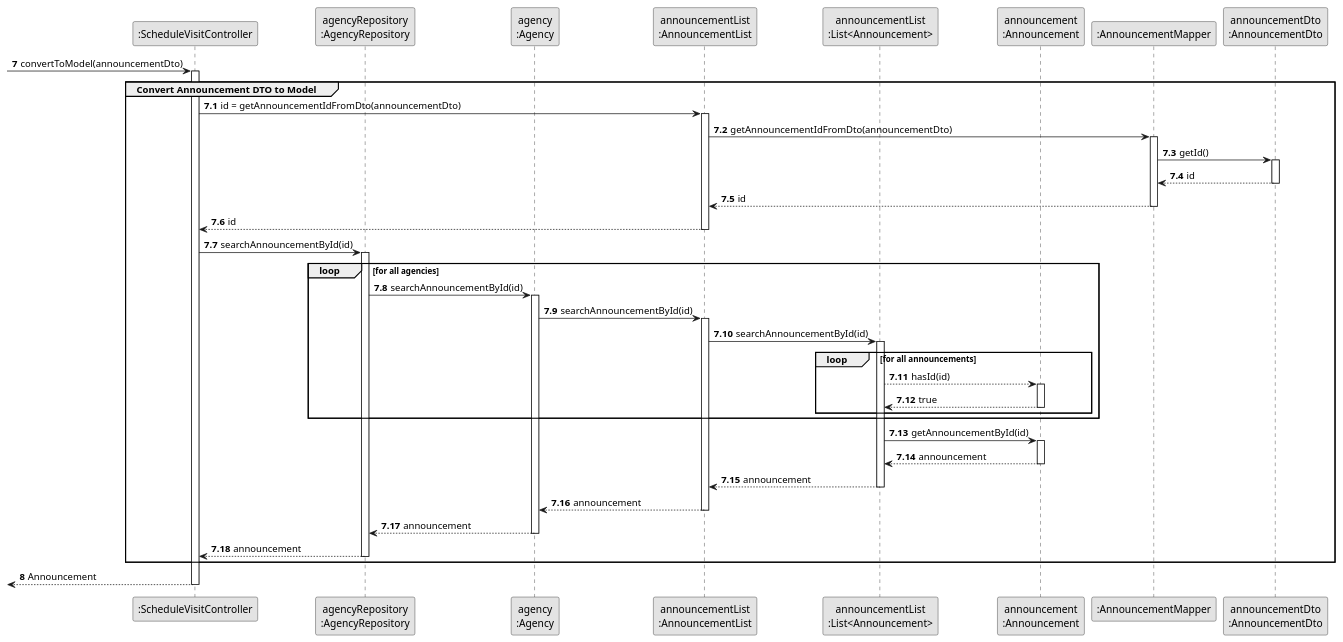
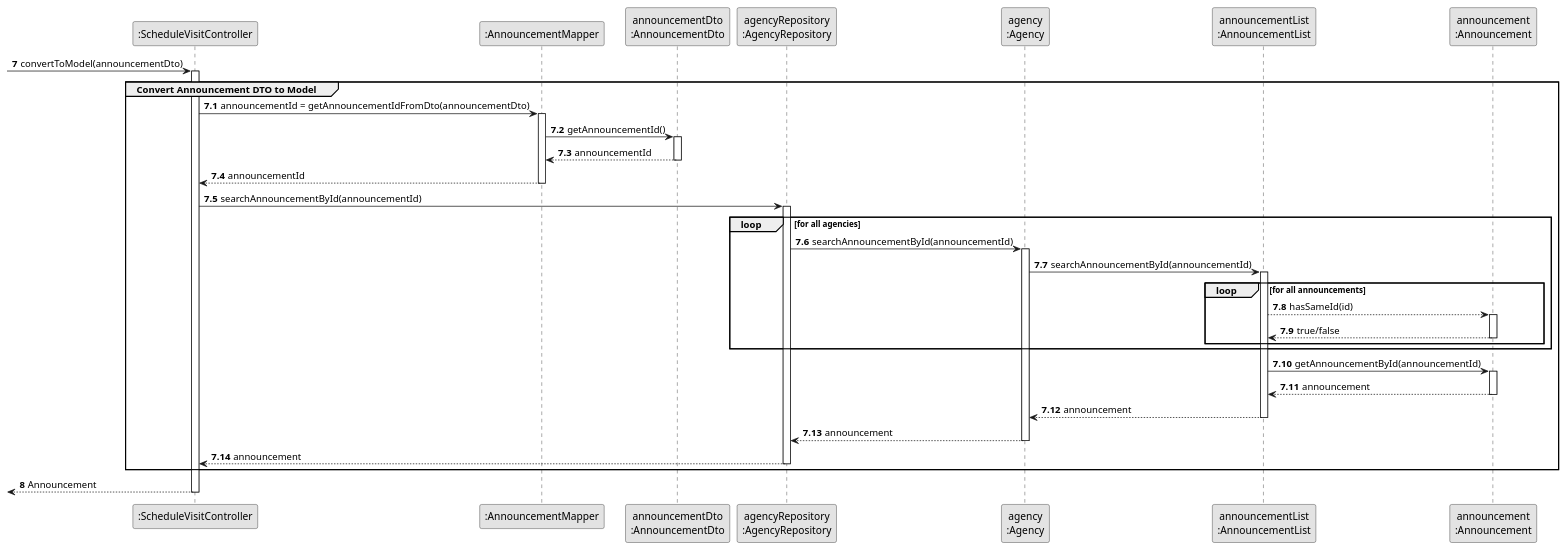
The diagram in docs/sprintC/us009/03.design/puml/us009-sequence-diagram-partial-convert-announcement-DTO-to-Model.puml (rita-barbosa/LAPR2-2223), drawn with PlantUML before and after one commit.

Commit message:
Announcement DTO convertion partial SD's update [US009] [Design]

```diff
--- a/docs/sprintC/us009/03.design/puml/us009-sequence-diagram-partial-convert-announcement-DTO-to-Model.puml
+++ b/docs/sprintC/us009/03.design/puml/us009-sequence-diagram-partial-convert-announcement-DTO-to-Model.puml
@@ -1,98 +1,85 @@
 @startuml
 skinparam monochrome true
 skinparam packageStyle rectangle
 skinparam shadowing false
 
 
 participant ":ScheduleVisitController" as CTRL
+participant ":AnnouncementMapper" as MAPPER
+participant "announcementDto\n:AnnouncementDto" as ANCDTO
 participant "agencyRepository\n:AgencyRepository" as AgencyRepository
 participant "agency\n:Agency" as AGC
 participant "announcementList\n:AnnouncementList" as LISTCLASS
-participant "announcementList\n:List<Announcement>" as ANCLIST
 participant "announcement\n:Announcement" as ANNOUNCE
-participant ":AnnouncementMapper" as MAPPER
-participant "announcementDto\n:AnnouncementDto" as ANCDTO
+
 
 autonumber 7
 
  -> CTRL : convertToModel(announcementDto)
 
 activate CTRL
 
     autonumber 7.1
 
     group Convert Announcement DTO to Model
 
-        CTRL -> LISTCLASS : id = getAnnouncementIdFromDto(announcementDto)
-        activate LISTCLASS
-
-        LISTCLASS -> MAPPER : getAnnouncementIdFromDto(announcementDto)
+        CTRL -> MAPPER : announcementId = getAnnouncementIdFromDto(announcementDto)
         activate MAPPER
 
-        MAPPER -> ANCDTO : getId()
+        MAPPER -> ANCDTO : getAnnouncementId()
         activate ANCDTO
 
-            ANCDTO --> MAPPER : id
+            ANCDTO --> MAPPER : announcementId
         deactivate ANCDTO
 
-            MAPPER --> LISTCLASS : id
+            MAPPER --> CTRL : announcementId
         deactivate MAPPER
 
-        LISTCLASS --> CTRL : id
-        deactivate LISTCLASS
-
-        CTRL -> AgencyRepository : searchAnnouncementById(id)
+        CTRL -> AgencyRepository : searchAnnouncementById(announcementId)
         activate AgencyRepository
 
         loop for all agencies
 
-            AgencyRepository -> AGC : searchAnnouncementById(id)
+            AgencyRepository -> AGC : searchAnnouncementById(announcementId)
             activate AGC
 
-                AGC -> LISTCLASS : searchAnnouncementById(id)
-
-                activate LISTCLASS
-
-                    LISTCLASS -> ANCLIST : searchAnnouncementById(id)
+                AGC -> LISTCLASS : searchAnnouncementById(announcementId)
 
                 loop for all announcements
 
-                    activate ANCLIST
+                    activate LISTCLASS
 
-                    ANCLIST --> ANNOUNCE : hasId(id)
+                    LISTCLASS --> ANNOUNCE : hasSameId(id)
 
                     activate ANNOUNCE
 
-                        ANNOUNCE --> ANCLIST : true
+                        ANNOUNCE --> LISTCLASS : true/false
                     deactivate ANNOUNCE
 
                 end loop
 
         end loop
 
-        ANCLIST -> ANNOUNCE : getAnnouncementById(id)
+        LISTCLASS -> ANNOUNCE : getAnnouncementById(announcementId)
         activate ANNOUNCE
 
-            ANNOUNCE --> ANCLIST : announcement
+            ANNOUNCE --> LISTCLASS : announcement
         deactivate ANNOUNCE
-
-            ANCLIST --> LISTCLASS : announcement
-        deactivate ANCLIST
 
             LISTCLASS --> AGC : announcement
         deactivate LISTCLASS
 
             AGC --> AgencyRepository : announcement
         deactivate AGC
 
             AgencyRepository --> CTRL : announcement
         deactivate AgencyRepository
 
     end group
 
     autonumber 8
 
     <-- CTRL  : Announcement
 deactivate CTRL
 
 @enduml
```
